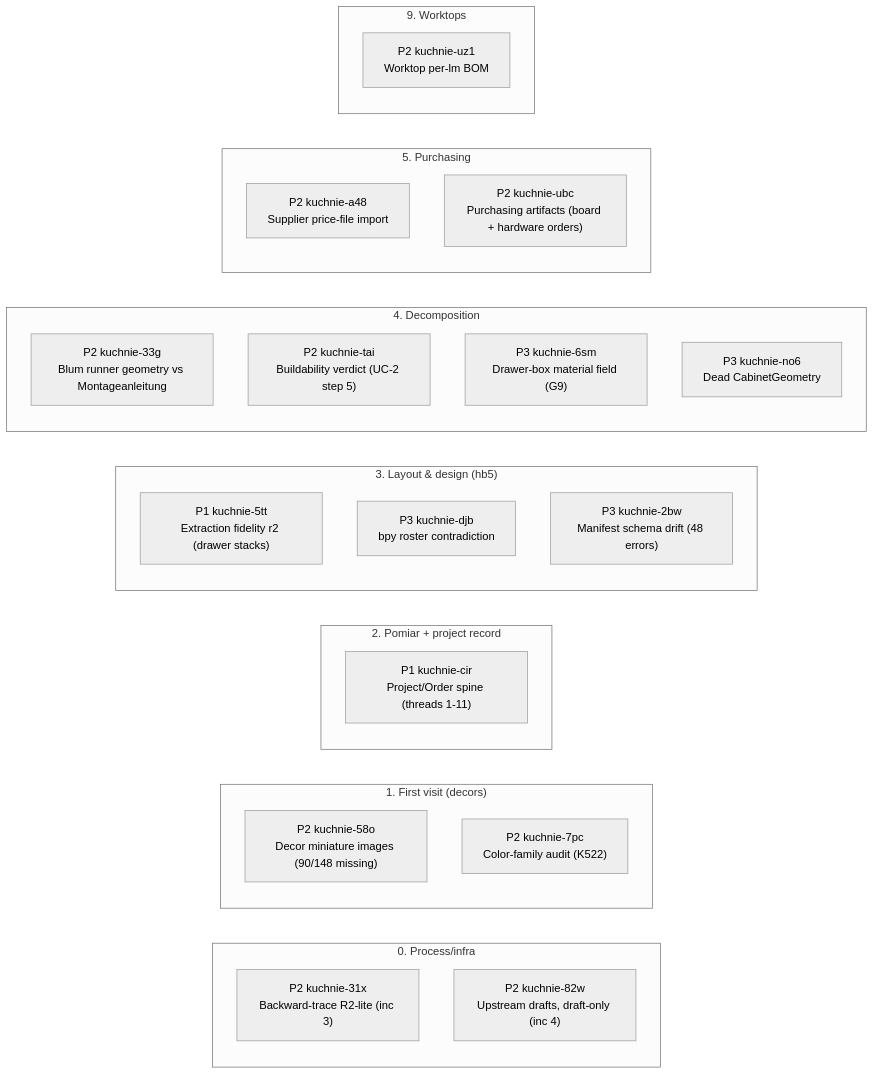
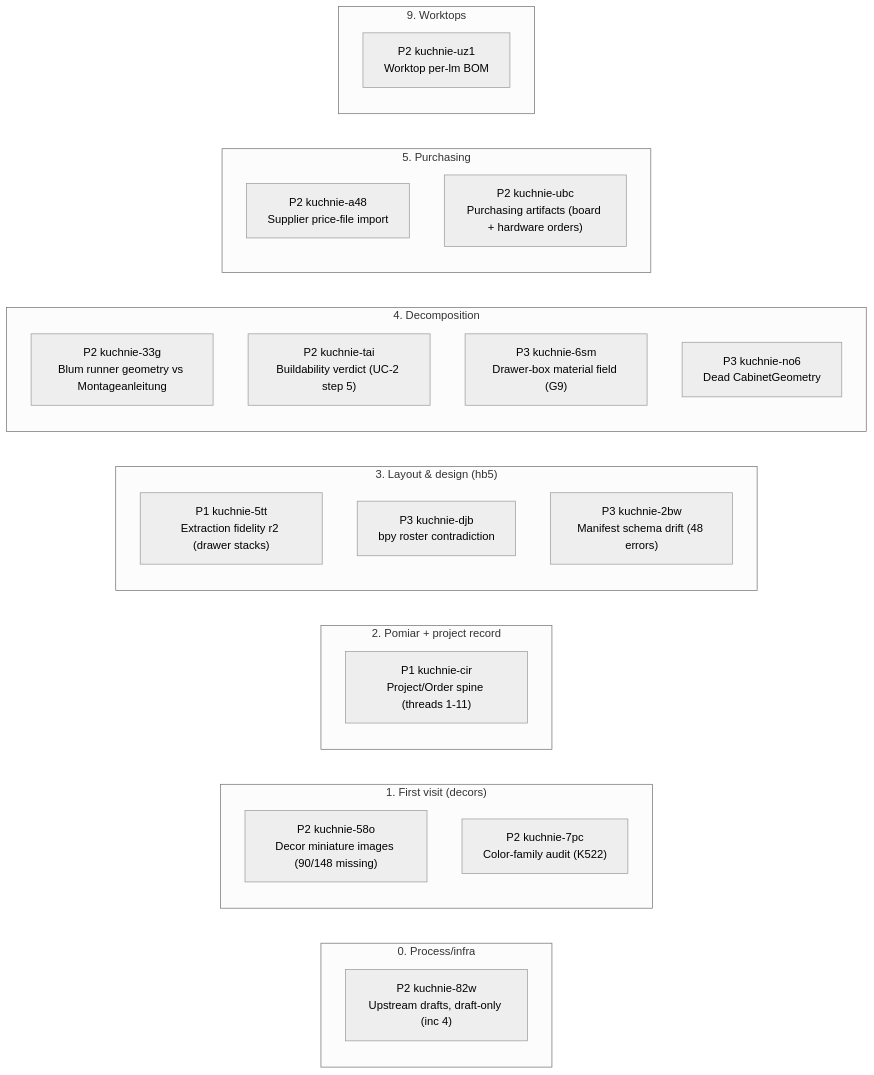
One commit to m1981/kuchnie changed the first of 2 diagrams in STATUS.md. Above: the diagram before and after it, drawn with Mermaid (neutral theme). The commit also changed other lines of this file and 8 other files, not shown here.

First line of the commit message:
trace: backward-trace slice R2-lite (wk-9fb28a32, inc 3)

````diff
--- a/STATUS.md
+++ b/STATUS.md
@@ -49,32 +49,31 @@
 ```mermaid
 flowchart LR
     subgraph s0 ["0. Process/infra"]
-        kuchnie_31x["P2 kuchnie-31x<br/>Backward-trace R2-lite (inc 3)"]
         kuchnie_82w["P2 kuchnie-82w<br/>Upstream drafts, draft-only (inc 4)"]
     end
     subgraph s1 ["1. First visit (decors)"]
         kuchnie_58o["P2 kuchnie-58o<br/>Decor miniature images (90/148 missing)"]
         kuchnie_7pc["P2 kuchnie-7pc<br/>Color-family audit (K522)"]
     end
     subgraph s2 ["2. Pomiar + project record"]
         kuchnie_cir["P1 kuchnie-cir<br/>Project/Order spine (threads 1-11)"]
     end
     subgraph s3 ["3. Layout & design (hb5)"]
         kuchnie_5tt["P1 kuchnie-5tt<br/>Extraction fidelity r2 (drawer stacks)"]
         kuchnie_djb["P3 kuchnie-djb<br/>bpy roster contradiction"]
         kuchnie_2bw["P3 kuchnie-2bw<br/>Manifest schema drift (48 errors)"]
     end
     subgraph s4 ["4. Decomposition"]
         kuchnie_33g["P2 kuchnie-33g<br/>Blum runner geometry vs Montageanleitung"]
         kuchnie_tai["P2 kuchnie-tai<br/>Buildability verdict (UC-2 step 5)"]
         kuchnie_6sm["P3 kuchnie-6sm<br/>Drawer-box material field (G9)"]
         kuchnie_no6["P3 kuchnie-no6<br/>Dead CabinetGeometry"]
     end
     subgraph s5 ["5. Purchasing"]
         kuchnie_a48["P2 kuchnie-a48<br/>Supplier price-file import"]
         kuchnie_ubc["P2 kuchnie-ubc<br/>Purchasing artifacts (board + hardware orders)"]
     end
     subgraph s9 ["9. Worktops"]
         kuchnie_uz1["P2 kuchnie-uz1<br/>Worktop per-lm BOM"]
     end
 ```
````
